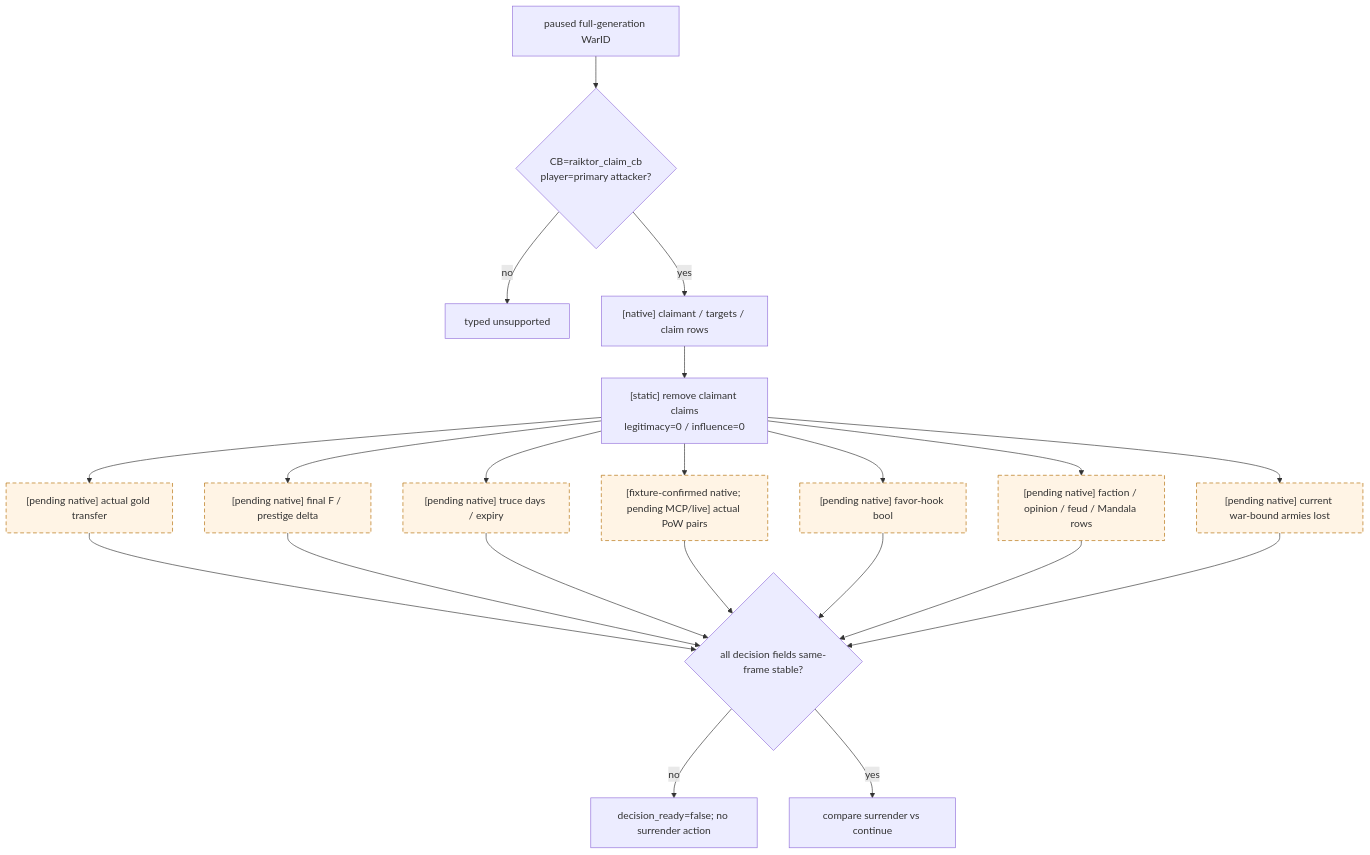
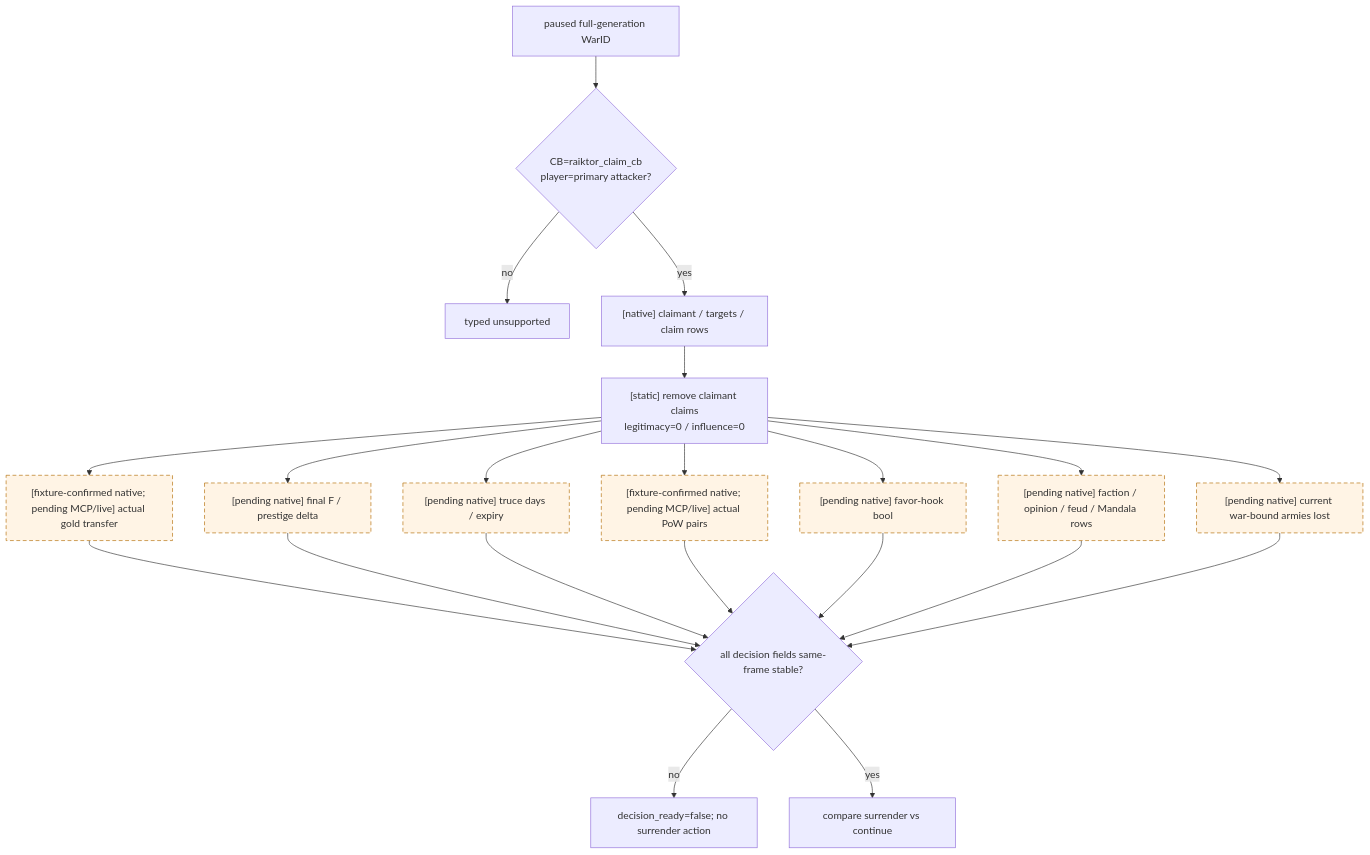
Before and after one commit to XenoAmess/ck3_eternal_recurrence: diagram 16 of 16 in docs/ck3-native-ai/war-termination.md, drawn with Mermaid. The commit also changed other lines of this file and 6 other files, not shown here.

````diff
--- a/docs/ck3-native-ai/war-termination.md
+++ b/docs/ck3-native-ai/war-termination.md
@@ -1538,25 +1538,25 @@
 ```mermaid
 flowchart TD
     W["paused full-generation WarID"] --> I{"CB=raiktor_claim_cb<br/>player=primary attacker?"}
     I -->|no| U["typed unsupported"]
     I -->|yes| C["[native] claimant / targets / claim rows"]
     C --> S["[static] remove claimant claims<br/>legitimacy=0 / influence=0"]
-    S --> G["[pending native] actual gold transfer"]
+    S --> G["[fixture-confirmed native; pending MCP/live] actual gold transfer"]
     S --> F["[pending native] final F / prestige delta"]
     S --> T["[pending native] truce days / expiry"]
     S --> P["[fixture-confirmed native; pending MCP/live] actual PoW pairs"]
     S --> H["[pending native] favor-hook bool"]
     S --> R["[pending native] faction / opinion / feud / Mandala rows"]
     S --> A["[pending native] current war-bound armies lost"]
     G --> D{"all decision fields same-frame stable?"}
     F --> D
     T --> D
     P --> D
     H --> D
     R --> D
     A --> D
     D -->|no| X["decision_ready=false; no surrender action"]
     D -->|yes| E["compare surrender vs continue"]
     classDef pending stroke-dasharray:6 4,fill:#fff4e5,stroke:#b36b00;
     class G,F,T,P,H,R,A pending;
 ```
````
